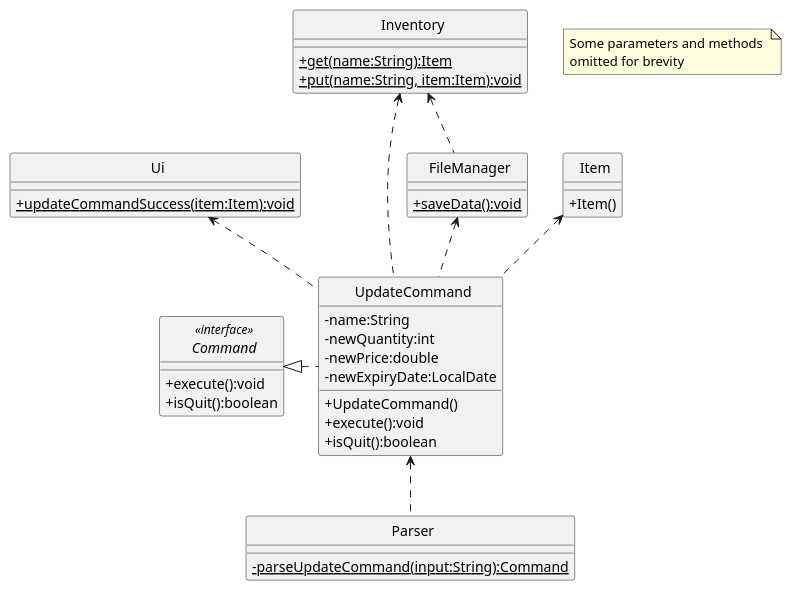
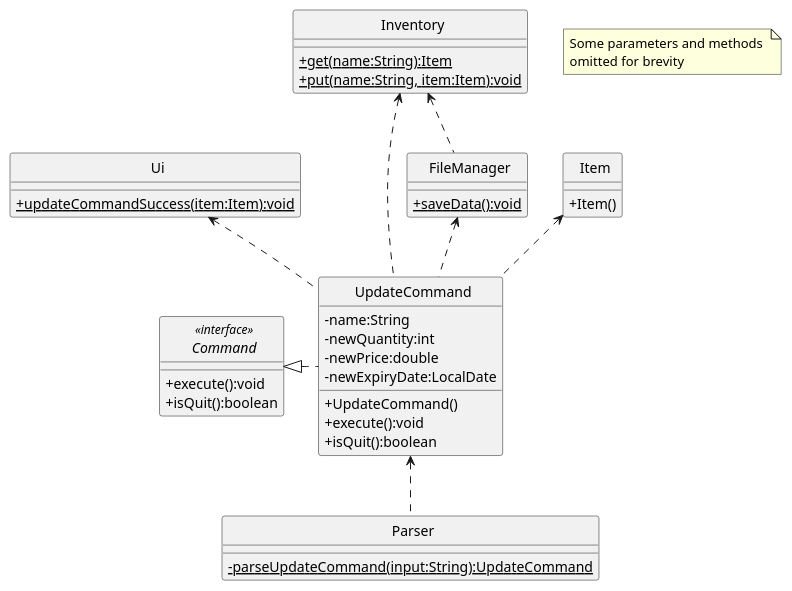
The first of 2 diagrams in docs/uml-diagrams/UpdateCommand.puml (rismm/tp), drawn with PlantUML before and after one commit. The commit also changed 21 other files, not shown here.

```diff
--- a/docs/uml-diagrams/UpdateCommand.puml
+++ b/docs/uml-diagrams/UpdateCommand.puml
@@ -1,61 +1,61 @@
 @startuml
 'https://plantuml.com/class-diagram
 skinparam classAttributeIconSize 0
 skinparam CircledCharacterFontSize 0
 skinparam CircledCharacterRadius 0
 
 interface Command
 class Ui
 class Inventory
 class Item
 class UpdateCommand
 class Parser
 class FileManager
 
 UpdateCommand <.. Parser
 Command <|. UpdateCommand
 Ui <.. UpdateCommand
 Inventory <.. UpdateCommand
 Item <.. UpdateCommand
 FileManager <.. UpdateCommand
 Inventory <.. FileManager
 
 interface Command <<interface>> {
     +execute():void
     +isQuit():boolean
 }
 
 class UpdateCommand {
     -name:String
     -newQuantity:int
     -newPrice:double
     -newExpiryDate:LocalDate
     +UpdateCommand()
     +execute():void
     +isQuit():boolean
 }
 
 class Item {
     +Item()
 }
 
 class Ui {
     {static}+updateCommandSuccess(item:Item):void
 }
 
 class Parser {
-    {static}-parseUpdateCommand(input:String):Command
+    {static}-parseUpdateCommand(input:String):UpdateCommand
 }
 
 class Inventory {
     {static}+get(name:String):Item
     {static}+put(name:String, item:Item):void
 }
 
 class FileManager {
     {static}+saveData():void
 }
 
 note "Some parameters and methods \nomitted for brevity" as n1
 
 @enduml
```
